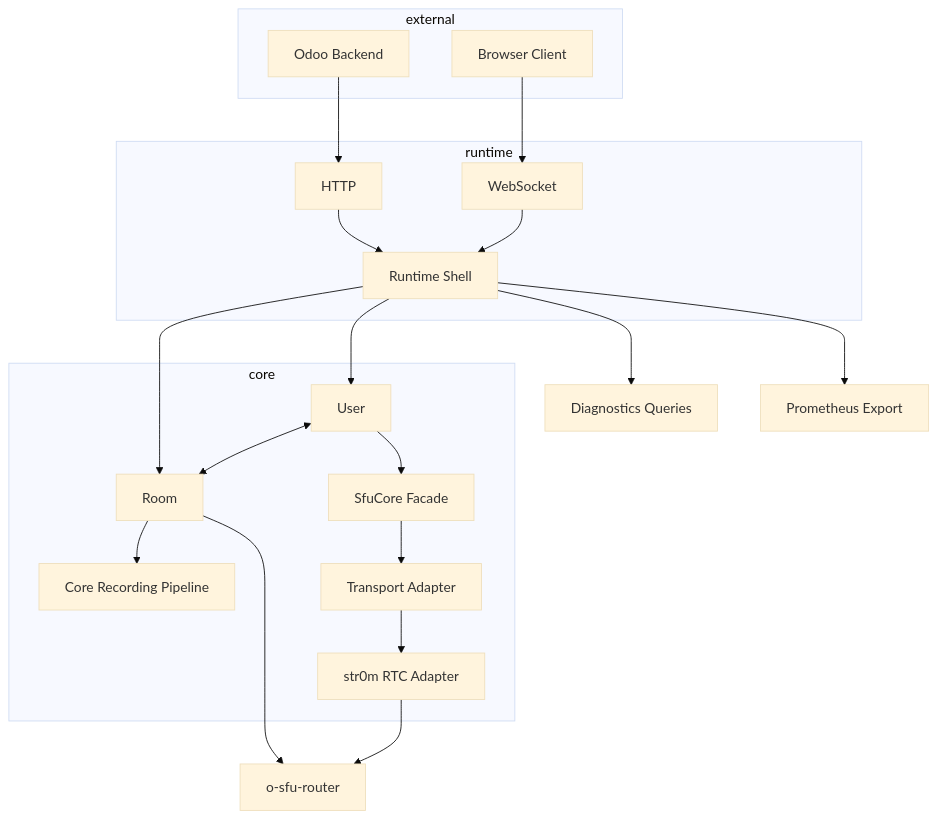
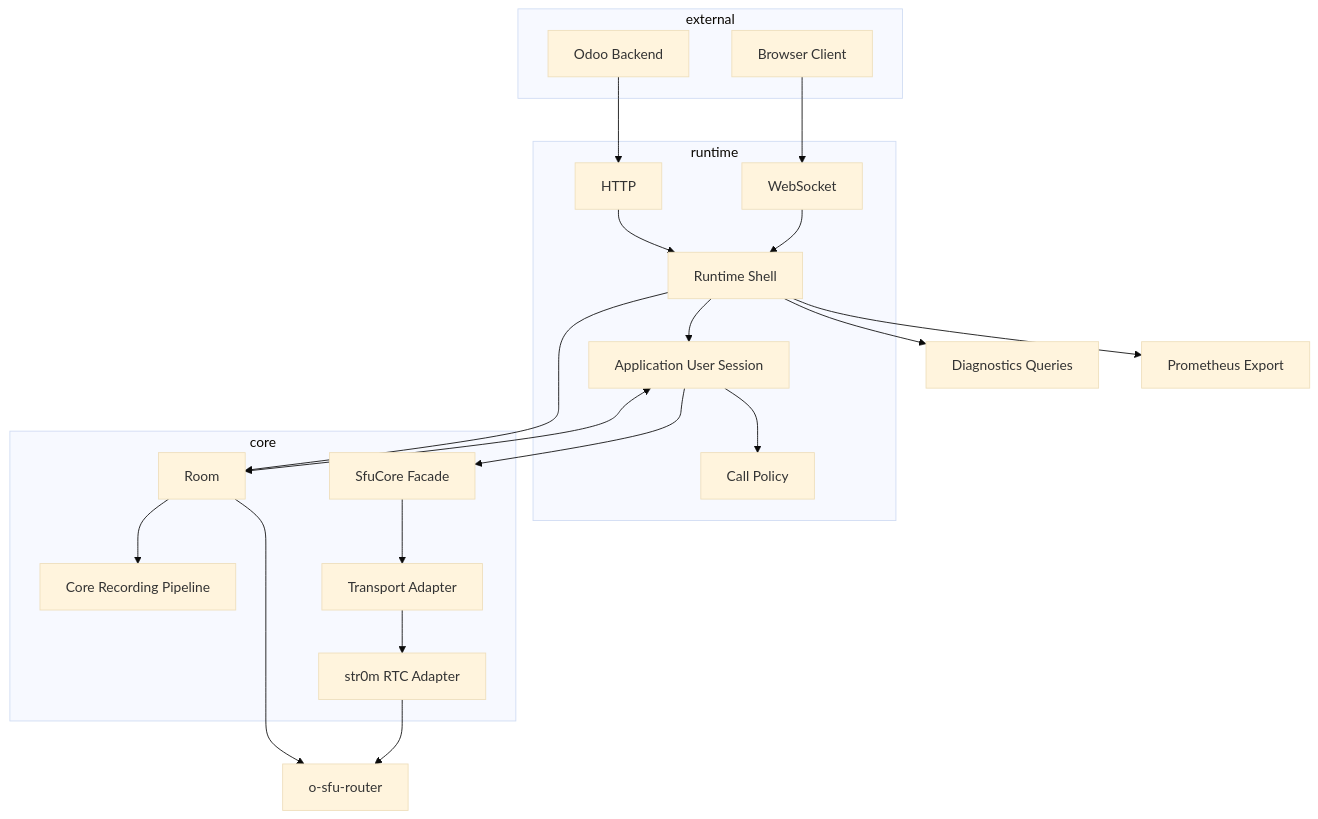
The diagram in README.md (ThanhDodeurOdoo/o-sfu), drawn with Mermaid (base theme) before and after one commit. The commit also changed other lines of this file and 30 other files, not shown here.

Commit message:
[REF] move call policy out of media core

````diff
--- a/README.md
+++ b/README.md
@@ -21,35 +21,37 @@
 ```mermaid
 flowchart TD
     subgraph "external"
        Odoo["Odoo Backend"]
        Browser["Browser Client"]
     end
     subgraph "runtime"
       Runtime
       Http
       Ws
+      UserSession
+      CallPolicy
     end
     subgraph "core"
-      User
       Sfu["SfuCore Facade"]
       Room
       Recording
       Transport
       Rtc
     end
     Odoo --> Http["HTTP"]
     Browser --> Ws["WebSocket"]
     Http --> Runtime["Runtime Shell"]
     Ws --> Runtime
+    Runtime --> UserSession["Application User Session"]
+    UserSession --> CallPolicy["Call Policy"]
     Runtime --> Room
-    Runtime --> User
-    User <--> Room
-    User --> Sfu
+    UserSession <--> Room
+    UserSession --> Sfu
     Sfu --> Transport["Transport Adapter"]
     Transport --> Rtc["str0m RTC Adapter"]
     Room --> Router["o-sfu-router"]
     Room --> Recording["Core Recording Pipeline"]
     Rtc --> Router
     Runtime --> Diagnostics["Diagnostics Queries"]
     Runtime --> MetricsExport["Prometheus Export"]
 ```
````
